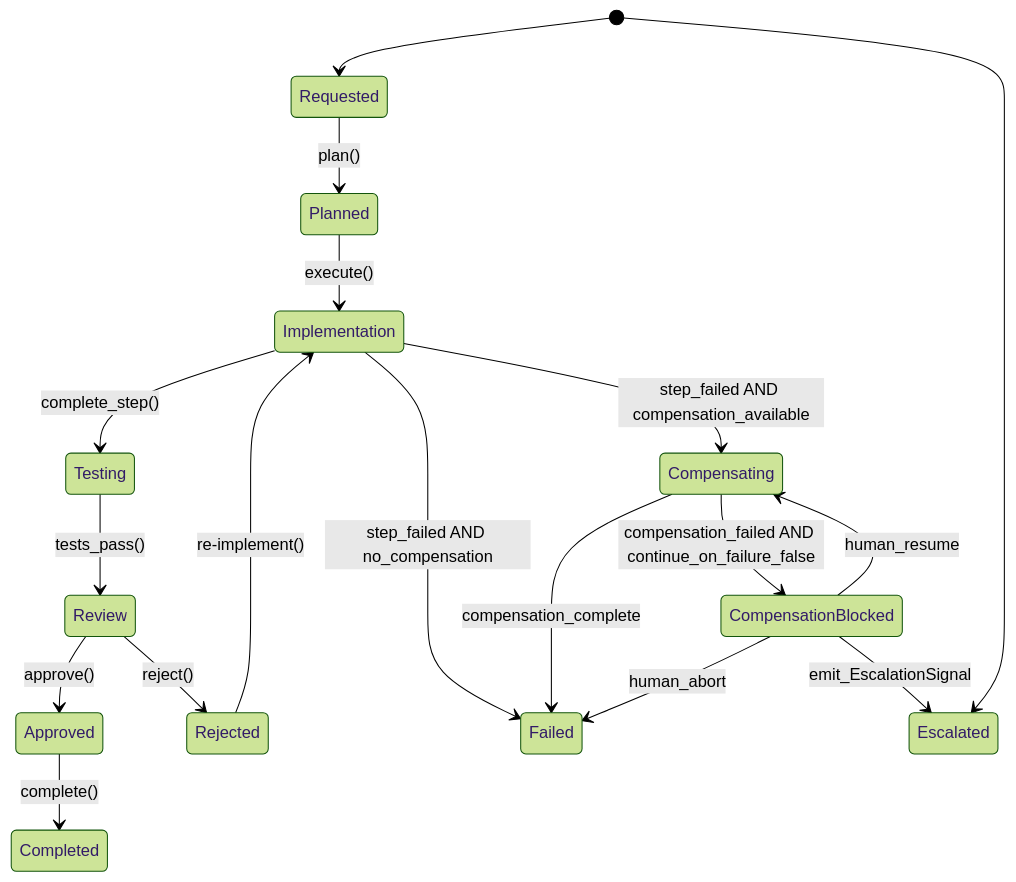
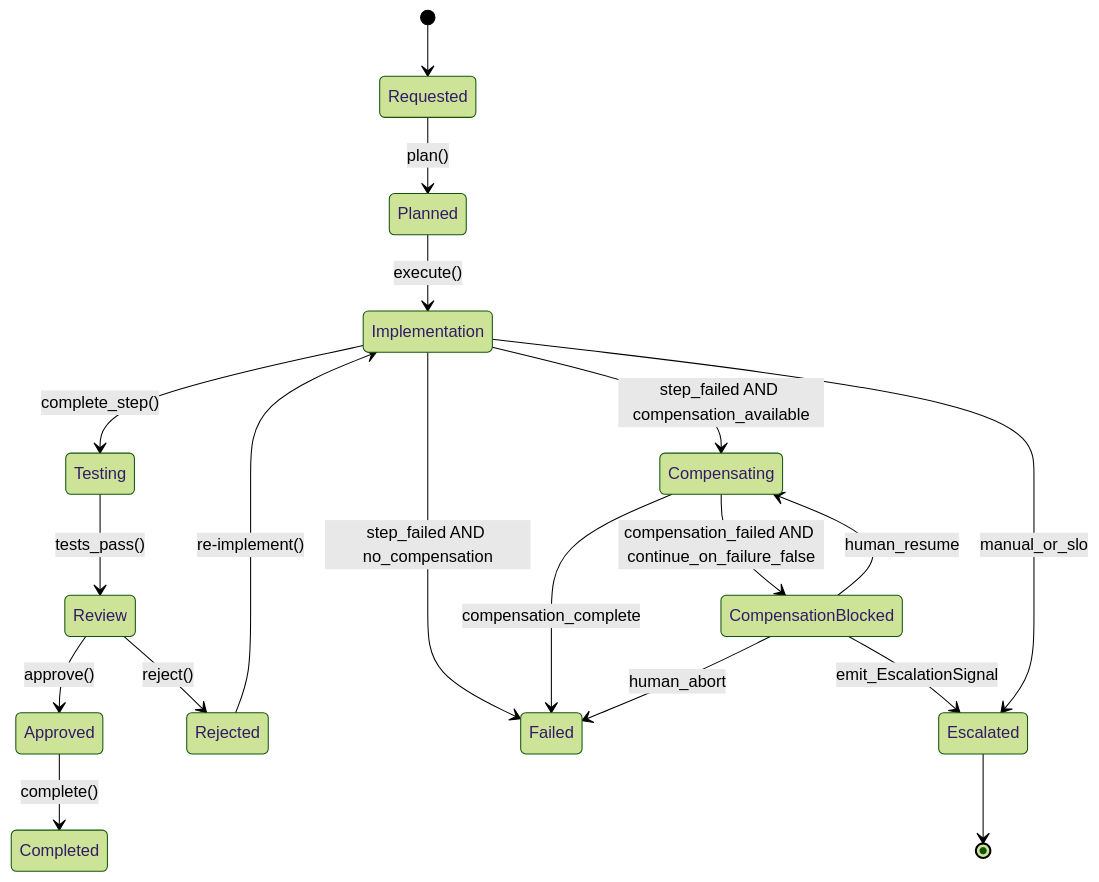
The third of 3 diagrams in docs/specification/model.md (salimnamvar/amir), drawn with Mermaid (forest theme) before and after one commit. The commit also changed other lines of this file and 31 other files, not shown here.

````diff
--- a/docs/specification/model.md
+++ b/docs/specification/model.md
@@ -270,20 +277,21 @@
 ```mermaid
 stateDiagram-v2
     [*] --> Requested
     Requested --> Planned: plan()
     Planned --> Implementation: execute()
     Implementation --> Testing: complete_step()
     Testing --> Review: tests_pass()
     Review --> Approved: approve()
     Approved --> Completed: complete()
     Review --> Rejected: reject()
     Rejected --> Implementation: re-implement()
     Implementation --> Failed: step_failed AND no_compensation
     Implementation --> Compensating: step_failed AND compensation_available
     Compensating --> Failed: compensation_complete
     Compensating --> CompensationBlocked: compensation_failed AND continue_on_failure_false
     CompensationBlocked --> Escalated: emit_EscalationSignal
     CompensationBlocked --> Compensating: human_resume
     CompensationBlocked --> Failed: human_abort
-    [*] --> Escalated
+    Implementation --> Escalated: manual_or_slo
+    Escalated --> [*]
 ```
````
